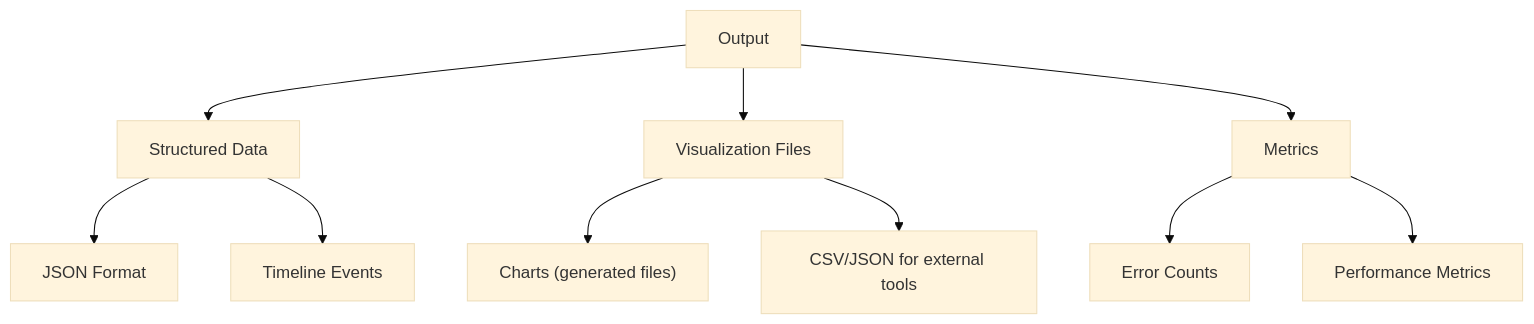
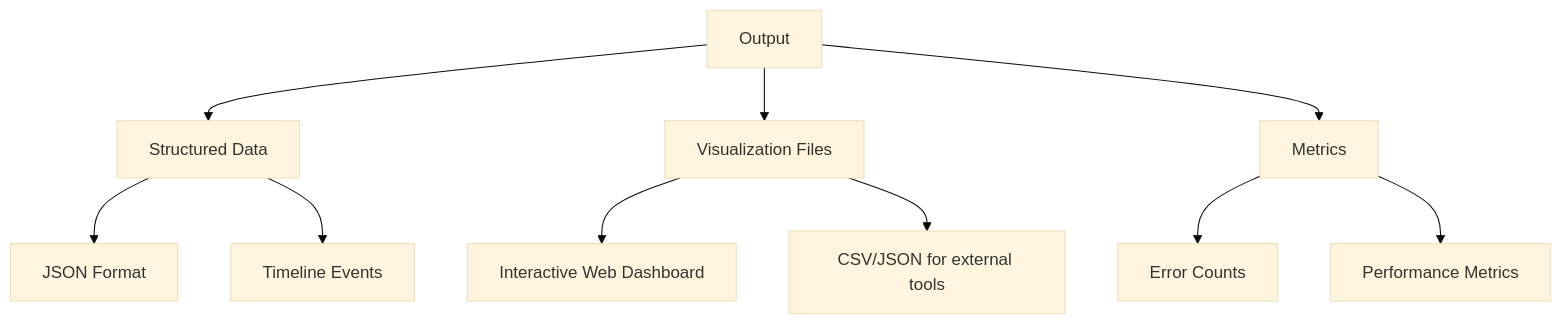
One commit to quackextractor/ChronoLog changed the third of 15 diagrams in ChronoLog/docs/ChronoDocs.md. Above: the diagram before and after it, drawn with Mermaid (base theme). The commit also changed other lines of this file and 2 other files, not shown here.

First line of the commit message:
Document React web dashboard and update changelog

````diff
--- a/ChronoLog/docs/ChronoDocs.md
+++ b/ChronoLog/docs/ChronoDocs.md
@@ -72,15 +72,15 @@
 ```mermaid
 flowchart TD
   A["Output"] --> B["Structured Data"]
   A --> C["Visualization Files"]
   A --> D["Metrics"]
 
   B --> B1["JSON Format"]
   B --> B2["Timeline Events"]
 
-  C --> C1["Charts (generated files)"]
+  C --> C1["Interactive Web Dashboard"]
   C --> C2["CSV/JSON for external tools"]
 
   D --> D1["Error Counts"]
   D --> D2["Performance Metrics"]
 ```
````
